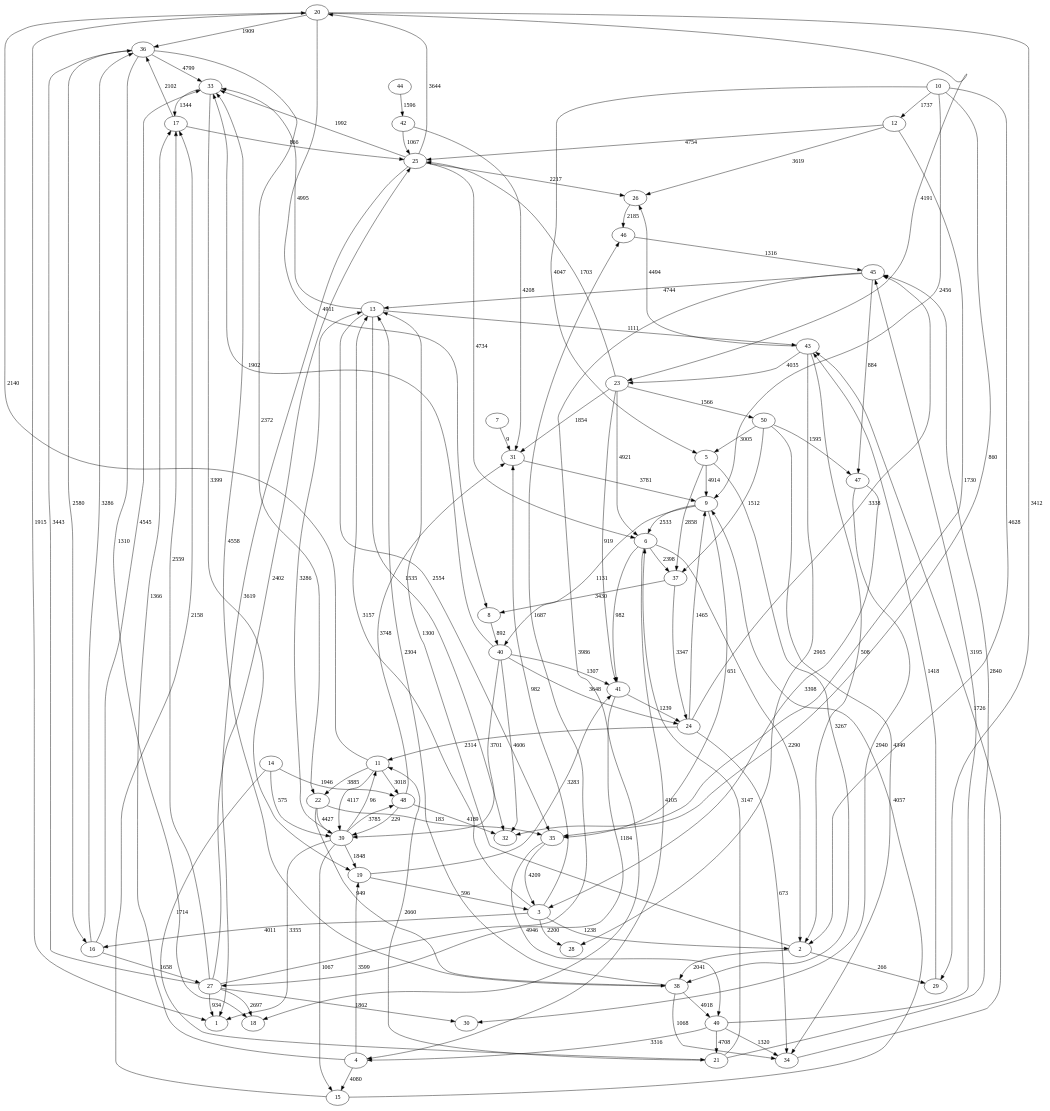
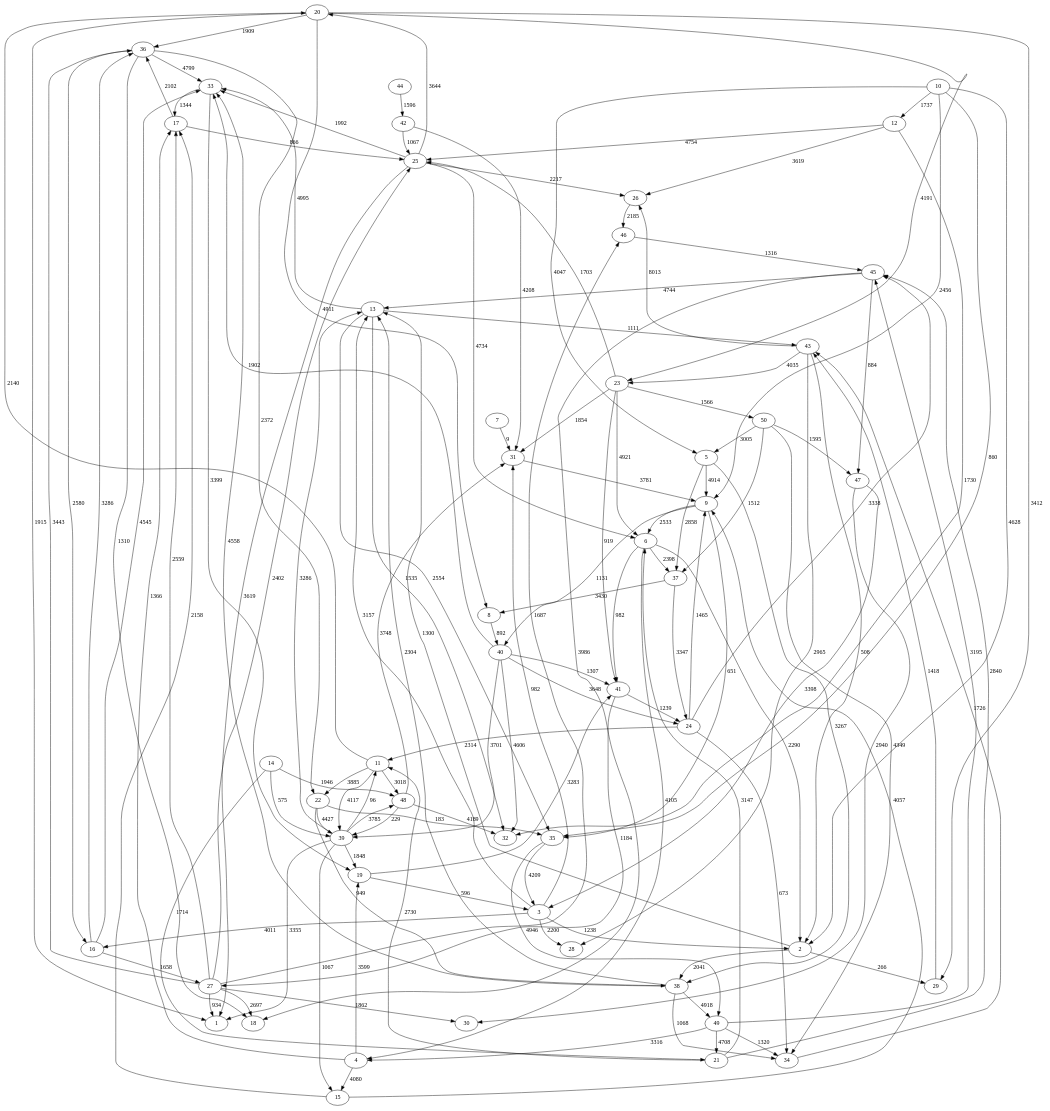
The diagram in docs/test_4.input.dot (pedrovanzella/grafo-cpmf), drawn with Graphviz before and after one commit. The commit also changed 15 other files, not shown here.

```diff
--- a/docs/test_4.input.dot
+++ b/docs/test_4.input.dot
@@ -1,140 +1,140 @@
 strict digraph  {
 	20 -> 36	 [label=1909];
 	20 -> 23	 [label=4191];
 	20 -> 1	 [label=1915];
 	20 -> 8	 [label=4911];
 	20 -> 29	 [label=3412];
 	36 -> 33	 [label=4799];
 	36 -> 18	 [label=1310];
 	36 -> 16	 [label=2580];
 	36 -> 22	 [label=2372];
 	23 -> 31	 [label=1854];
 	23 -> 6	 [label=4921];
 	23 -> 41	 [label=919];
 	23 -> 25	 [label=1703];
 	23 -> 50	 [label=1566];
 	8 -> 40	 [label=892];
 	29 -> 43	 [label=1418];
 	33 -> 17	 [label=1344];
 	33 -> 19	 [label=3399];
 	16 -> 36	 [label=3286];
 	16 -> 33	 [label=4545];
 	16 -> 27	 [label=1658];
 	22 -> 38	 [label=949];
 	22 -> 35	 [label=183];
 	22 -> 39	 [label=4427];
 	38 -> 33	 [label=4558];
 	38 -> 34	 [label=1068];
 	38 -> 13	 [label=2304];
 	38 -> 49	 [label=4918];
 	34 -> 43	 [label=1726];
 	13 -> 33	 [label=4995];
 	13 -> 43	 [label=1111];
 	13 -> 35	 [label=2554];
 	13 -> 32	 [label=1535];
 	49 -> 34	 [label=1320];
 	49 -> 21	 [label=4708];
 	49 -> 45	 [label=3195];
 	49 -> 4	 [label=3316];
 	43 -> 23	 [label=4035];
-	43 -> 26	 [label=4494];
+	43 -> 26	 [label=8013];
 	43 -> 2	 [label=508];
 	43 -> 28	 [label=2965];
 	31 -> 9	 [label=3781];
 	9 -> 40	 [label=1131];
 	9 -> 6	 [label=2533];
 	9 -> 35	 [label=651];
 	40 -> 33	 [label=1902];
 	40 -> 24	 [label=3648];
 	40 -> 32	 [label=4606];
 	40 -> 41	 [label=1307];
 	40 -> 39	 [label=3701];
 	6 -> 41	 [label=982];
 	6 -> 2	 [label=2290];
 	6 -> 37	 [label=2398];
 	6 -> 4	 [label=4105];
 	35 -> 49	 [label=4946];
 	35 -> 3	 [label=4209];
 	24 -> 34	 [label=673];
 	24 -> 9	 [label=1465];
 	24 -> 11	 [label=2314];
 	24 -> 45	 [label=3338];
 	41 -> 24	 [label=1239];
 	41 -> 27	 [label=1184];
 	39 -> 1	 [label=3355];
 	39 -> 13	 [label=3286];
 	39 -> 19	 [label=1848];
 	39 -> 48	 [label=3785];
 	39 -> 11	 [label=96];
 	39 -> 15	 [label=1067];
 	17 -> 36	 [label=2102];
 	17 -> 25	 [label=866];
 	19 -> 41	 [label=3283];
 	19 -> 3	 [label=596];
 	3 -> 16	 [label=4011];
 	3 -> 13	 [label=3157];
 	3 -> 31	 [label=982];
 	3 -> 2	 [label=1238];
 	3 -> 28	 [label=2200];
 	7 -> 31	 [label=9];
 	25 -> 20	 [label=3644];
 	25 -> 1	 [label=3619];
 	25 -> 33	 [label=1992];
 	25 -> 6	 [label=4734];
 	25 -> 26	 [label=2217];
 	26 -> 46	 [label=2185];
 	10 -> 9	 [label=2456];
 	10 -> 35	 [label=860];
 	10 -> 5	 [label=4047];
 	10 -> 2	 [label=4628];
 	10 -> 12	 [label=1737];
 	5 -> 38	 [label=3267];
 	5 -> 9	 [label=4914];
 	5 -> 37	 [label=2858];
 	2 -> 29	 [label=266];
 	2 -> 38	 [label=2041];
 	2 -> 13	 [label=1300];
 	12 -> 32	 [label=1730];
 	12 -> 25	 [label=4754];
 	12 -> 26	 [label=3619];
 	37 -> 8	 [label=3430];
 	37 -> 24	 [label=3347];
 	14 -> 39	 [label=575];
 	14 -> 21	 [label=1714];
 	14 -> 48	 [label=1946];
 	21 -> 6	 [label=3147];
-	21 -> 11	 [label=2660];
+	21 -> 11	 [label=2730];
 	21 -> 45	 [label=2840];
 	48 -> 31	 [label=3748];
 	48 -> 32	 [label=4189];
 	48 -> 39	 [label=229];
 	11 -> 20	 [label=2140];
 	11 -> 22	 [label=3885];
 	11 -> 39	 [label=4117];
 	11 -> 48	 [label=3018];
 	45 -> 18	 [label=3986];
 	45 -> 13	 [label=4744];
 	45 -> 47	 [label=884];
 	15 -> 9	 [label=4057];
 	15 -> 17	 [label=2158];
 	4 -> 17	 [label=1366];
 	4 -> 19	 [label=3599];
 	4 -> 15	 [label=4080];
 	27 -> 36	 [label=3443];
 	27 -> 1	 [label=934];
 	27 -> 18	 [label=2697];
 	27 -> 17	 [label=2559];
 	27 -> 25	 [label=2402];
 	27 -> 30	 [label=1862];
 	27 -> 46	 [label=1687];
 	46 -> 45	 [label=1316];
 	42 -> 31	 [label=4208];
 	42 -> 25	 [label=1067];
 	50 -> 34	 [label=4349];
 	50 -> 5	 [label=3005];
 	50 -> 37	 [label=1512];
 	50 -> 47	 [label=1595];
 	47 -> 3	 [label=3398];
 	47 -> 30	 [label=2940];
 	44 -> 42	 [label=1596];
 }
```
